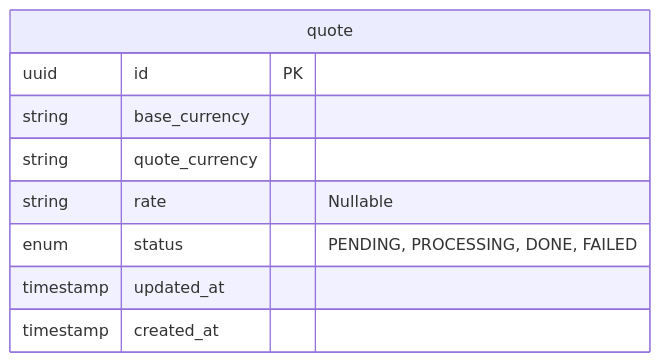
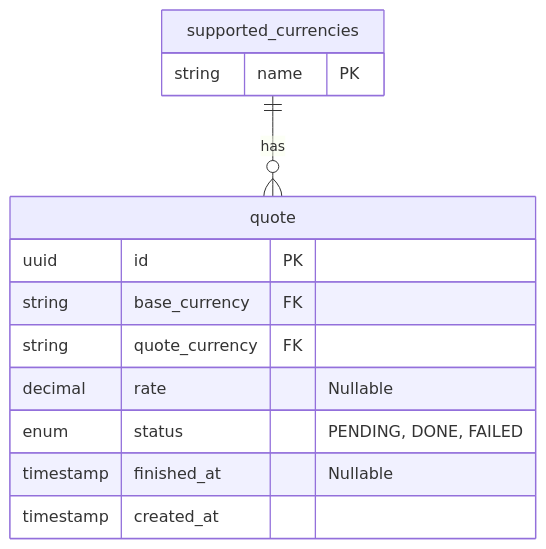
The diagram in README.md (slackerkids/plata-currency-exchange), drawn with Mermaid before and after one commit. The commit also changed other lines of this file and 4 other files, not shown here.

````diff
--- a/README.md
+++ b/README.md
@@ -59,12 +61,18 @@
 ```mermaid
 erDiagram
+    supported_currencies ||--o{ quote : has
+
     quote {
         uuid id PK
-        string base_currency
-        string quote_currency
-        string rate "Nullable"
-        enum status "PENDING, PROCESSING, DONE, FAILED"
-        timestamp updated_at
+        string base_currency FK
+        string quote_currency FK
+        decimal rate "Nullable"
+        enum status "PENDING, DONE, FAILED"
+        timestamp finished_at "Nullable"
         timestamp created_at
     }
+
+    supported_currencies {
+        string name PK
+    }
 ```
````
